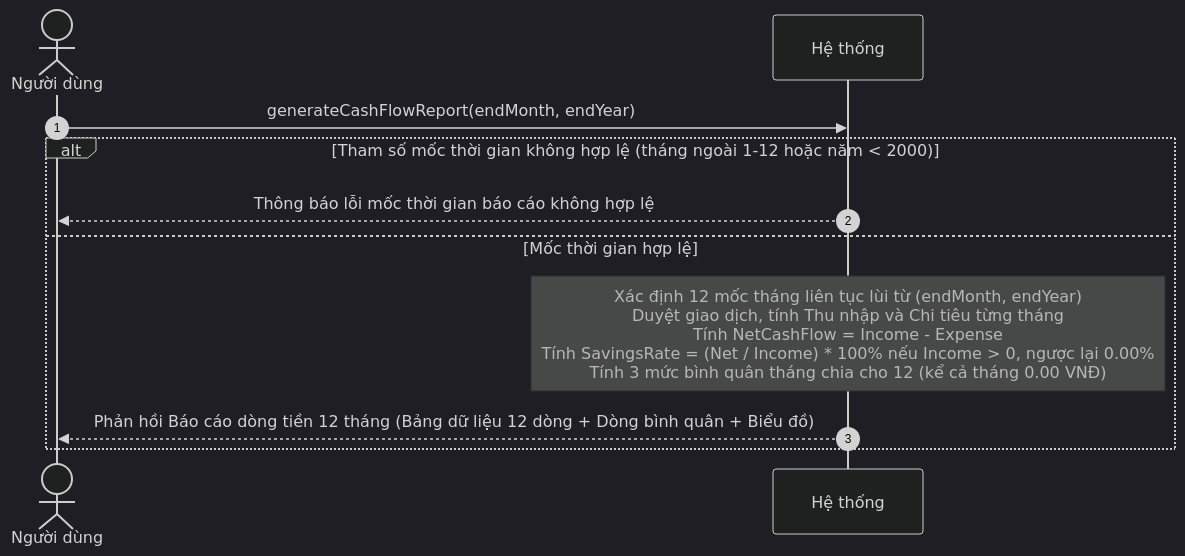
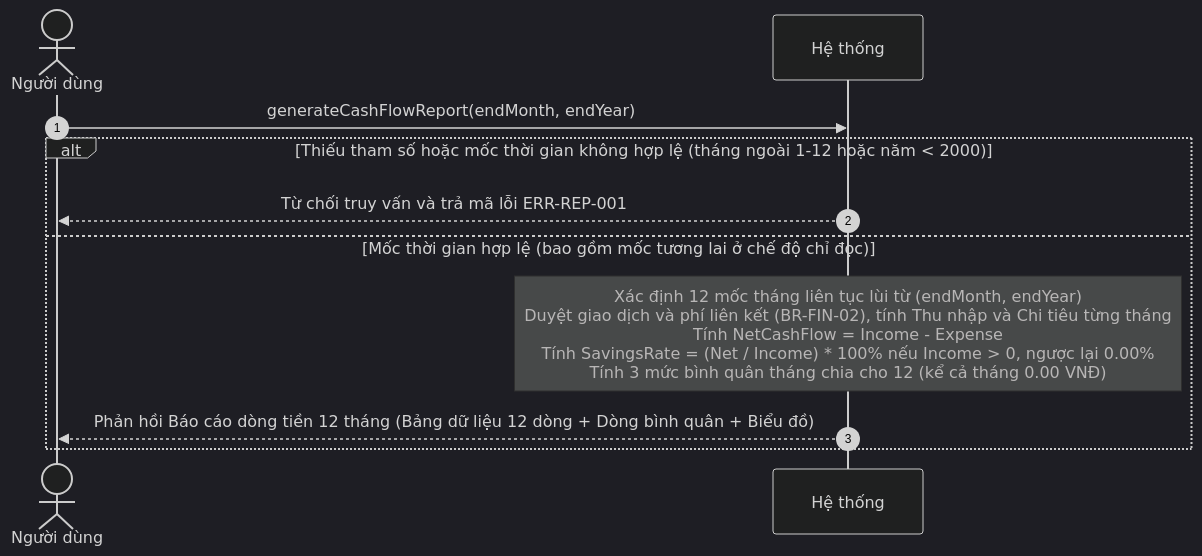
Before and after one commit to mynhleeh/pfms-oop: diagram 16 of 20 in docs/object-oriented-analysis/03-so-do-tuan-tu-he-thong-ssd.md, drawn with Mermaid (dark theme). The commit also changed other lines of this file and 21 other files, not shown here.

Commit message:
docs(spec): align SRS, OOA, and OOD models with 12-month window and single-scan sequence

````diff
--- a/docs/object-oriented-analysis/03-so-do-tuan-tu-he-thong-ssd.md
+++ b/docs/object-oriented-analysis/03-so-do-tuan-tu-he-thong-ssd.md
@@ -633,14 +633,14 @@
 ```mermaid
 sequenceDiagram
     autonumber
     actor User as Người dùng
     participant System as Hệ thống
 
     User->>System: generateCashFlowReport(endMonth, endYear)
-    alt Tham số mốc thời gian không hợp lệ (tháng ngoài 1-12 hoặc năm < 2000)
-        System-->>User: Thông báo lỗi mốc thời gian báo cáo không hợp lệ
-    else Mốc thời gian hợp lệ
-        Note over System: Xác định 12 mốc tháng liên tục lùi từ (endMonth, endYear)<br/>Duyệt giao dịch, tính Thu nhập và Chi tiêu từng tháng<br/>Tính NetCashFlow = Income - Expense<br/>Tính SavingsRate = (Net / Income) * 100% nếu Income > 0, ngược lại 0.00%<br/>Tính 3 mức bình quân tháng chia cho 12 (kể cả tháng 0.00 VNĐ)
+    alt Thiếu tham số hoặc mốc thời gian không hợp lệ (tháng ngoài 1-12 hoặc năm < 2000)
+        System-->>User: Từ chối truy vấn và trả mã lỗi ERR-REP-001
+    else Mốc thời gian hợp lệ (bao gồm mốc tương lai ở chế độ chỉ đọc)
+        Note over System: Xác định 12 mốc tháng liên tục lùi từ (endMonth, endYear)<br/>Duyệt giao dịch và phí liên kết (BR-FIN-02), tính Thu nhập và Chi tiêu từng tháng<br/>Tính NetCashFlow = Income - Expense<br/>Tính SavingsRate = (Net / Income) * 100% nếu Income > 0, ngược lại 0.00%<br/>Tính 3 mức bình quân tháng chia cho 12 (kể cả tháng 0.00 VNĐ)
         System-->>User: Phản hồi Báo cáo dòng tiền 12 tháng (Bảng dữ liệu 12 dòng + Dòng bình quân + Biểu đồ)
     end
 ```
````
